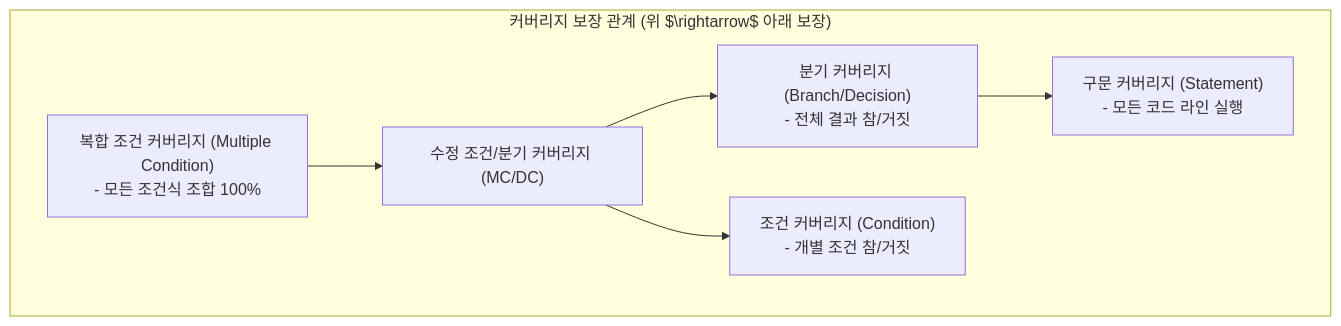
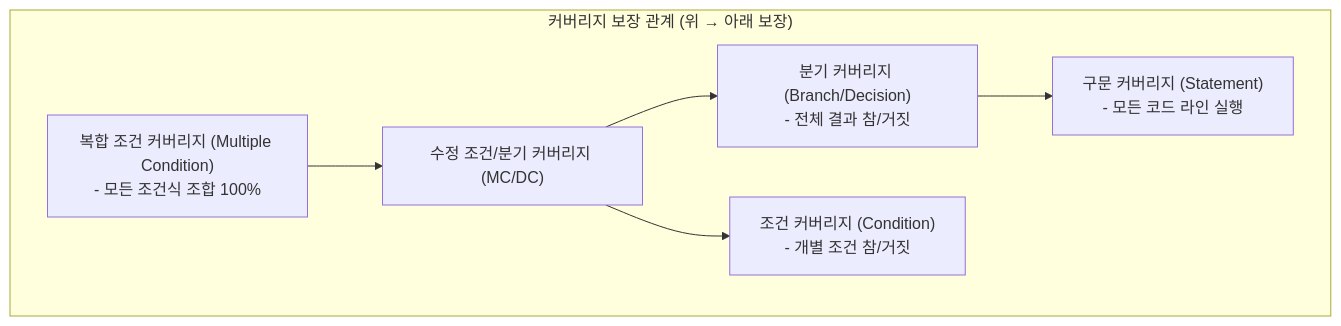
Before and after one commit to initbtn/blog: the second of 2 diagrams in content/posts/ncs-swe-module-5-whitebox-blackbox-testing-coverage.md, drawn with Mermaid. The commit also changed other lines of this file and 15 other files, not shown here.

````diff
--- a/content/posts/ncs-swe-module-5-whitebox-blackbox-testing-coverage.md
+++ b/content/posts/ncs-swe-module-5-whitebox-blackbox-testing-coverage.md
@@ -48,9 +48,9 @@
 ```mermaid
 flowchart TD
-    subgraph Inclusion["커버리지 보장 관계 (위 $\rightarrow$ 아래 보장)"]
+    subgraph Inclusion["커버리지 보장 관계 (위 → 아래 보장)"]
         Multiple["복합 조건 커버리지 (Multiple Condition)<br>- 모든 조건식 조합 100%"] --> MCDC["수정 조건/분기 커버리지 (MC/DC)"]
         MCDC --> Branch["분기 커버리지 (Branch/Decision)<br>- 전체 결과 참/거짓"]
         MCDC --> Condition["조건 커버리지 (Condition)<br>- 개별 조건 참/거짓"]
         Branch --> Statement["구문 커버리지 (Statement)<br>- 모든 코드 라인 실행"]
     end
 ```
````
